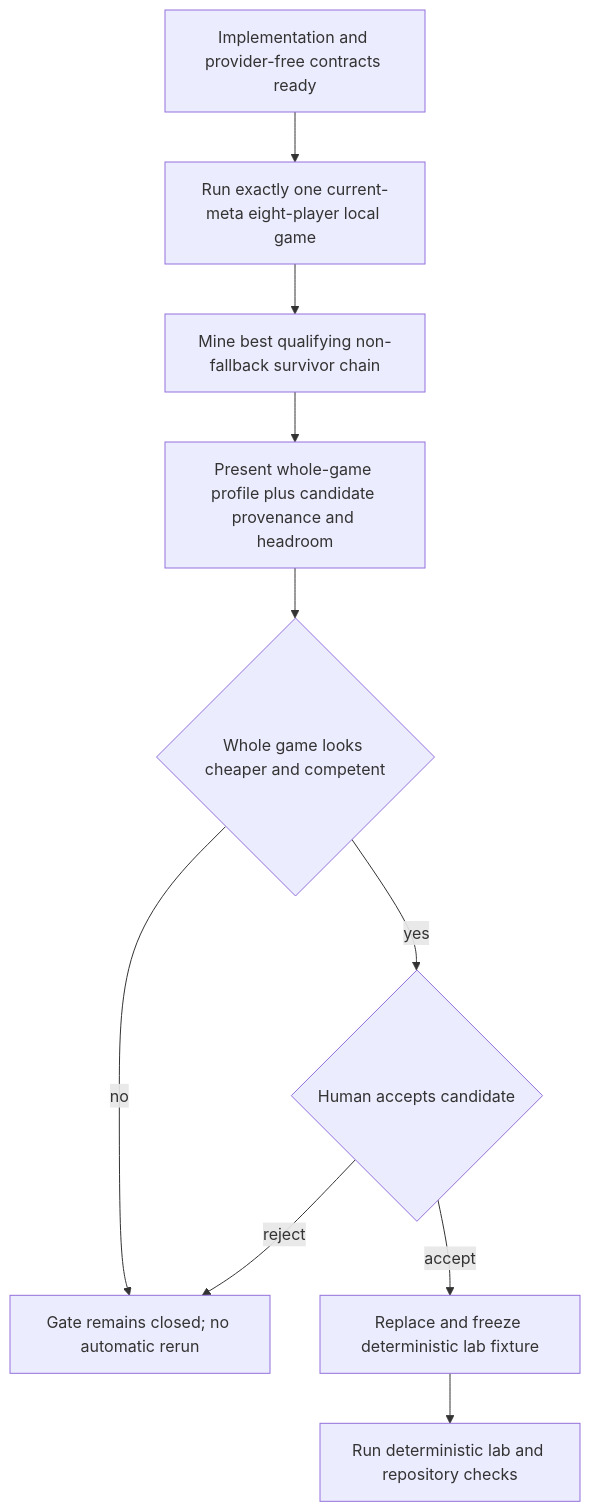
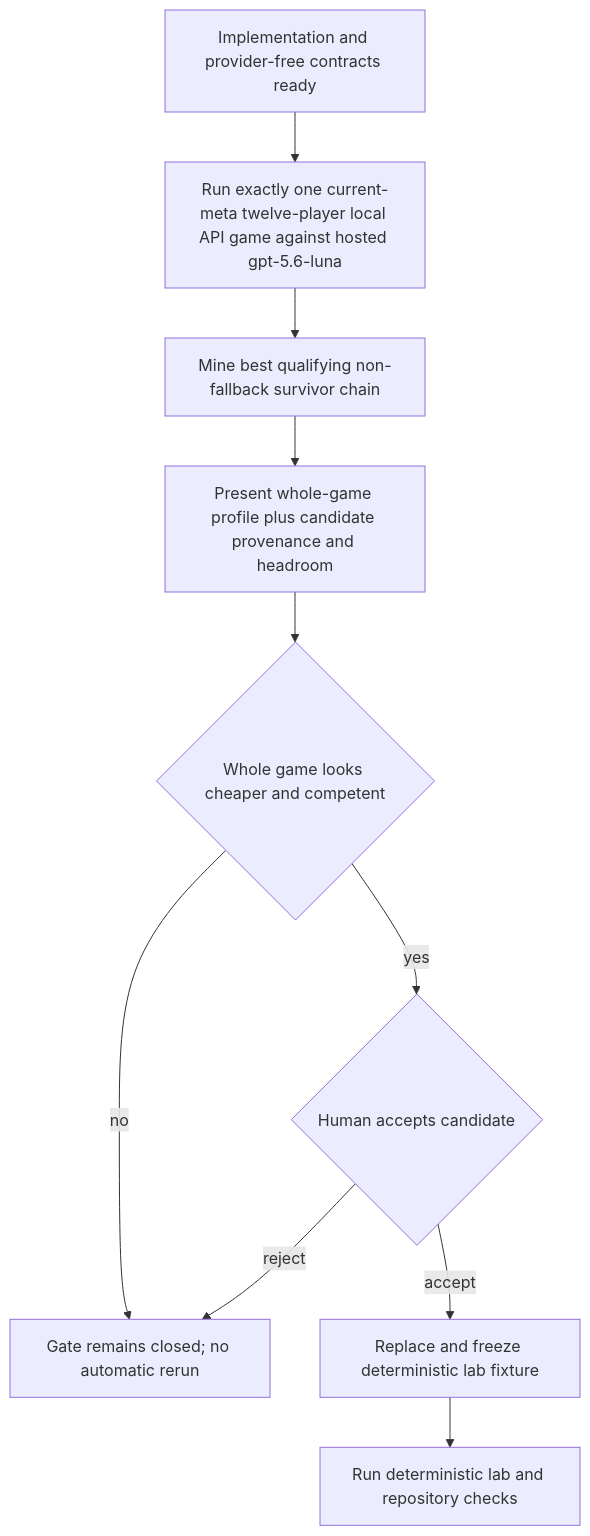
Before and after one commit to 0xFlicker/influence-game: the fourth of 4 diagrams in docs/plans/2026-08-14-001-perf-compact-decision-envelope-plan.md, drawn with Mermaid. The commit also changed other lines of this file and 10 other files, not shown here.

````diff
--- a/docs/plans/2026-08-14-001-perf-compact-decision-envelope-plan.md
+++ b/docs/plans/2026-08-14-001-perf-compact-decision-envelope-plan.md
@@ -154,12 +154,12 @@
 ```mermaid
 flowchart TB
-  Ready["Implementation and provider-free contracts ready"] --> Run["Run exactly one current-meta eight-player local game"]
+  Ready["Implementation and provider-free contracts ready"] --> Run["Run exactly one current-meta twelve-player local API game against hosted gpt-5.6-luna"]
   Run --> Mine["Mine best qualifying non-fallback survivor chain"]
   Mine --> Present["Present whole-game profile plus candidate provenance and headroom"]
   Present --> GameDecision{"Whole game looks cheaper and competent"}
   GameDecision -->|no| Closed["Gate remains closed; no automatic rerun"]
   GameDecision -->|yes| CandidateDecision{"Human accepts candidate"}
   CandidateDecision -->|accept| Freeze["Replace and freeze deterministic lab fixture"]
   CandidateDecision -->|reject| Closed
   Freeze --> Complete["Run deterministic lab and repository checks"]
 ```
````
